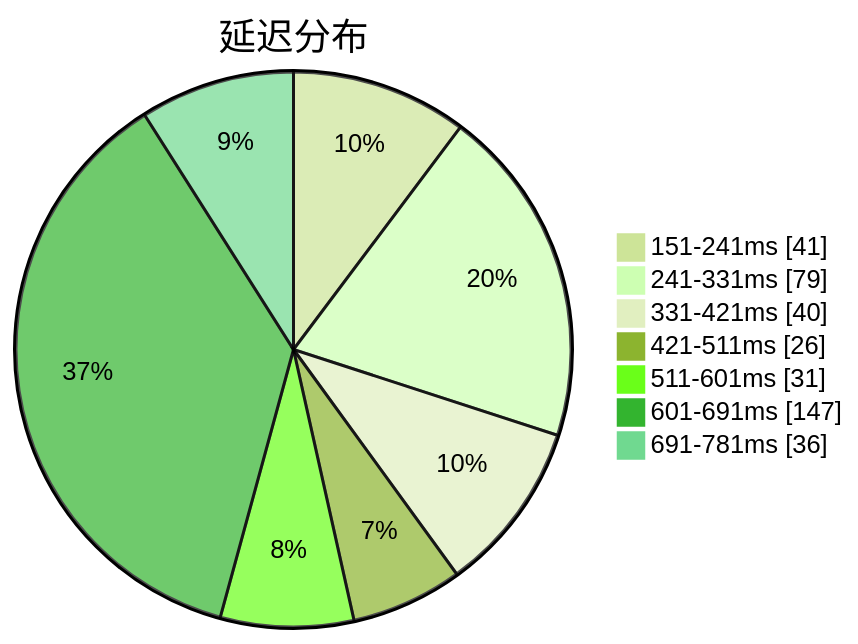
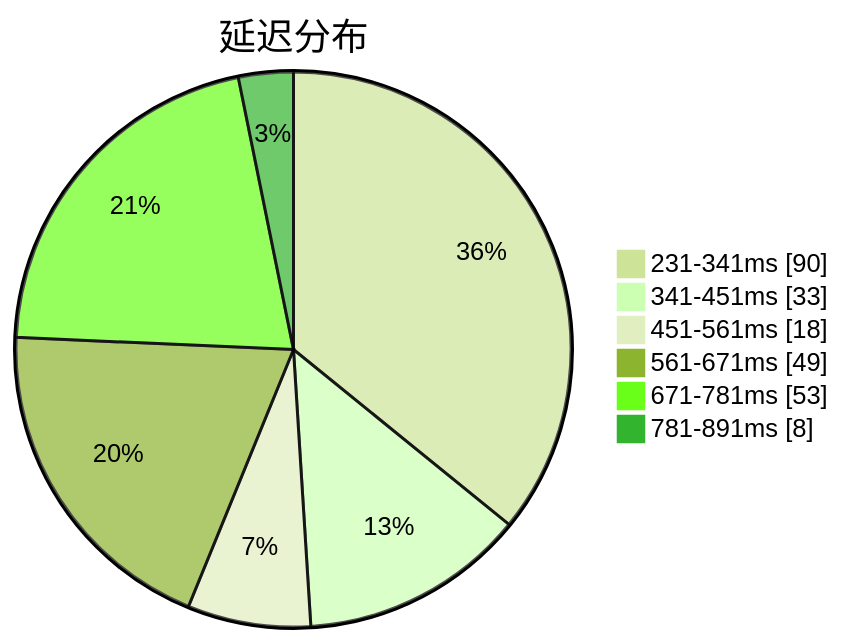
Before and after one commit to qjlxg/airport: the first of 3 diagrams in subs/statistics/tested_within.md, drawn with Mermaid (forest theme). The commit also changed other lines of this file and 2 other files, not shown here.

````diff
--- a/subs/statistics/tested_within.md
+++ b/subs/statistics/tested_within.md
@@ -2,11 +2,10 @@
 ```mermaid
 pie showData
 title 延迟分布
-"151-241ms" : 41
-"241-331ms" : 79
-"331-421ms" : 40
-"421-511ms" : 26
-"511-601ms" : 31
-"601-691ms" : 147
-"691-781ms" : 36
+"231-341ms" : 90
+"341-451ms" : 33
+"451-561ms" : 18
+"561-671ms" : 49
+"671-781ms" : 53
+"781-891ms" : 8
 ```
````
